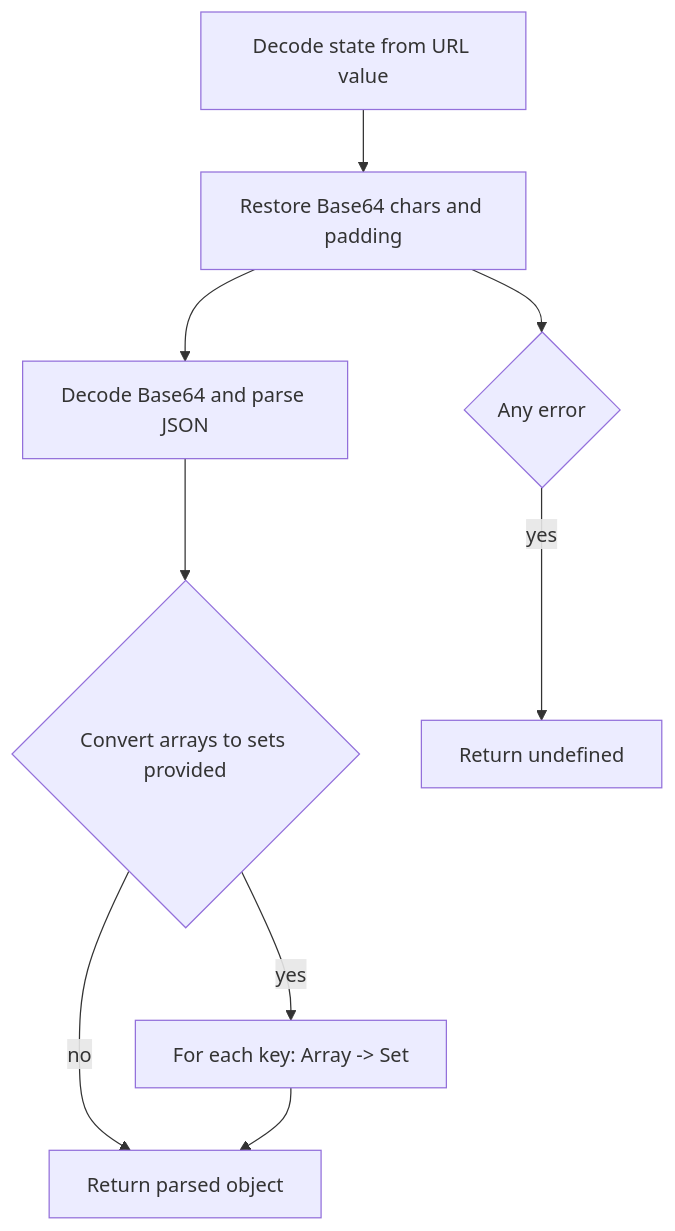
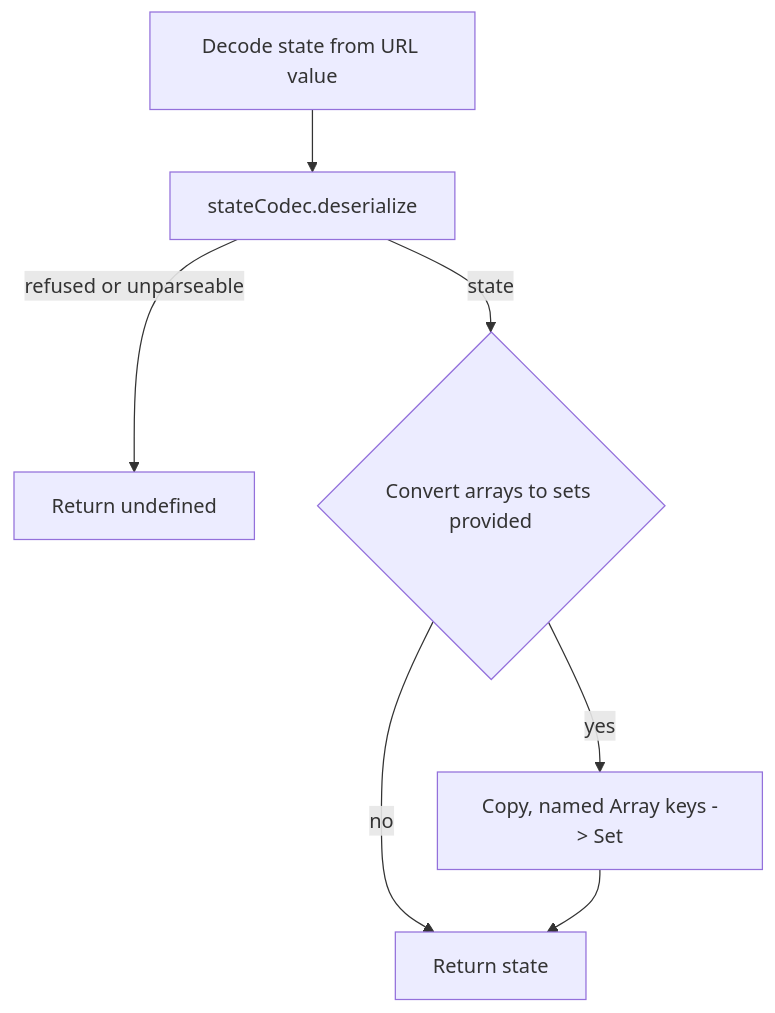
One commit to luciocabrera/lcabrera-stack changed the fourth of 11 diagrams in packages/ui/src/utils/urlState/ARCHITECTURE.md. Above: the diagram before and after it, drawn with Mermaid. The commit also changed other lines of this file and 22 other files, not shown here.

First line of the commit message:
feat(ui): a closed-vocabulary URL state codec (#630)

````diff
--- a/packages/ui/src/utils/urlState/ARCHITECTURE.md
+++ b/packages/ui/src/utils/urlState/ARCHITECTURE.md
@@ -81,11 +221,9 @@
 ```mermaid
 flowchart TD
-  A[Decode state from URL value] --> B[Restore Base64 chars and padding]
-  B --> C[Decode Base64 and parse JSON]
-  C --> D{Convert arrays to sets provided}
-  D -- no --> E[Return parsed object]
-  D -- yes --> F[For each key: Array -> Set]
+  A[Decode state from URL value] --> B[stateCodec.deserialize]
+  B -- refused or unparseable --> C[Return undefined]
+  B -- state --> D{Convert arrays to sets provided}
+  D -- no --> E[Return state]
+  D -- yes --> F[Copy, named Array keys -> Set]
   F --> E
-  B --> G{Any error}
-  G -- yes --> H[Return undefined]
 ```
````
